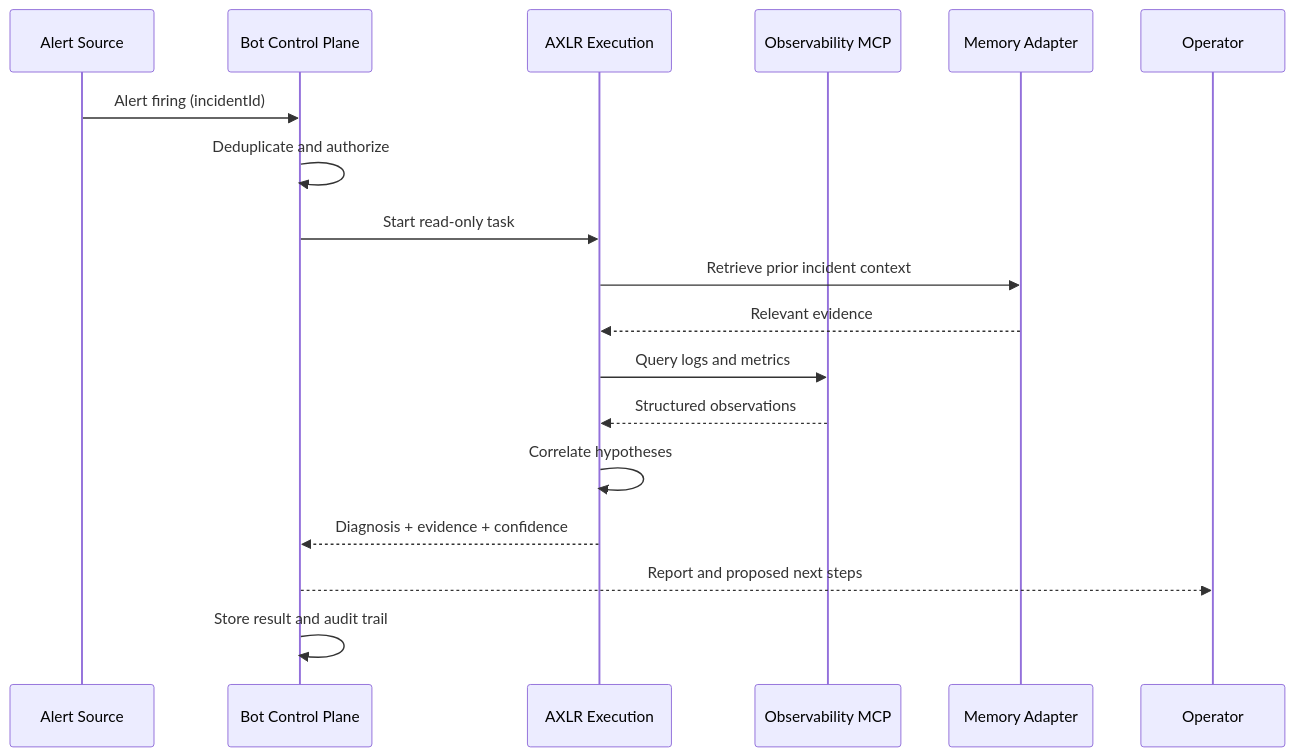
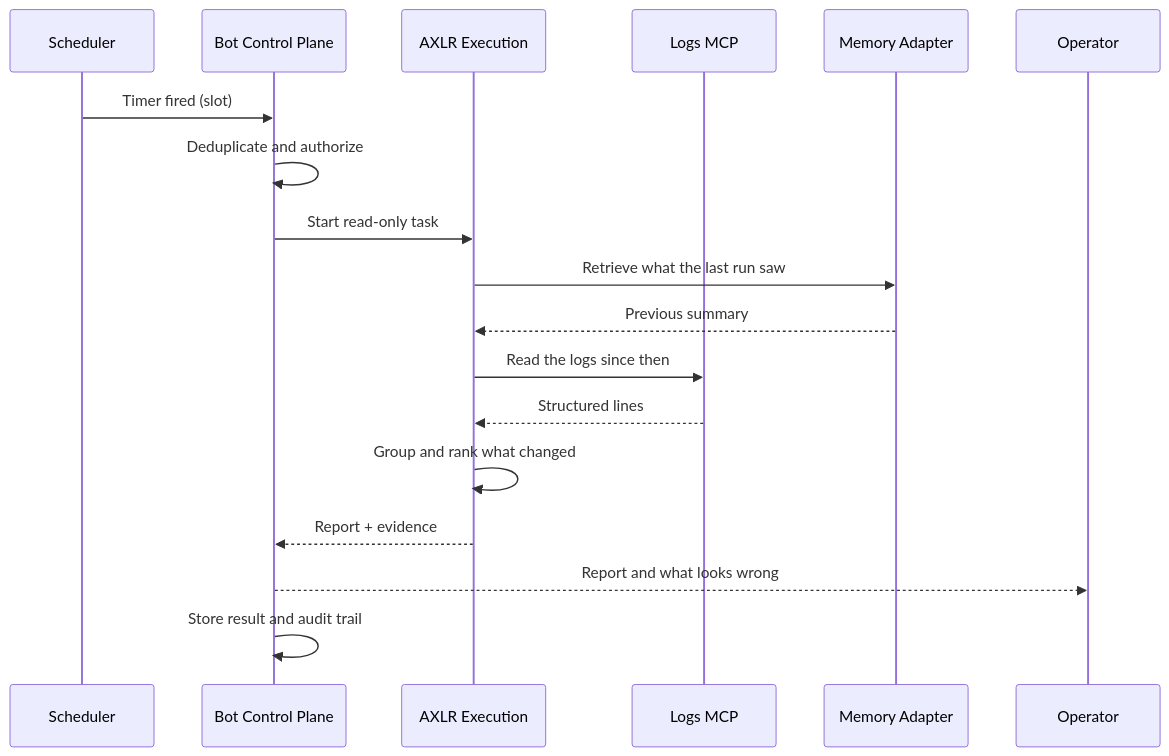
The fourth of 4 diagrams in docs/architecture/vision.md (underpass-ai/axlr-bots), drawn with Mermaid before and after one commit. The commit also changed other lines of this file, not shown here.

````diff
--- a/docs/architecture/vision.md
+++ b/docs/architecture/vision.md
@@ -550,21 +548,21 @@
 ```mermaid
 sequenceDiagram
-    participant M as Alert Source
+    participant S as Scheduler
     participant C as Bot Control Plane
     participant A as AXLR Execution
-    participant T as Observability MCP
+    participant T as Logs MCP
     participant K as Memory Adapter
     participant O as Operator
 
-    M->>C: Alert firing (incidentId)
+    S->>C: Timer fired (slot)
     C->>C: Deduplicate and authorize
     C->>A: Start read-only task
-    A->>K: Retrieve prior incident context
-    K-->>A: Relevant evidence
-    A->>T: Query logs and metrics
-    T-->>A: Structured observations
-    A->>A: Correlate hypotheses
-    A-->>C: Diagnosis + evidence + confidence
-    C-->>O: Report and proposed next steps
+    A->>K: Retrieve what the last run saw
+    K-->>A: Previous summary
+    A->>T: Read the logs since then
+    T-->>A: Structured lines
+    A->>A: Group and rank what changed
+    A-->>C: Report + evidence
+    C-->>O: Report and what looks wrong
     C->>C: Store result and audit trail
 ```
````
